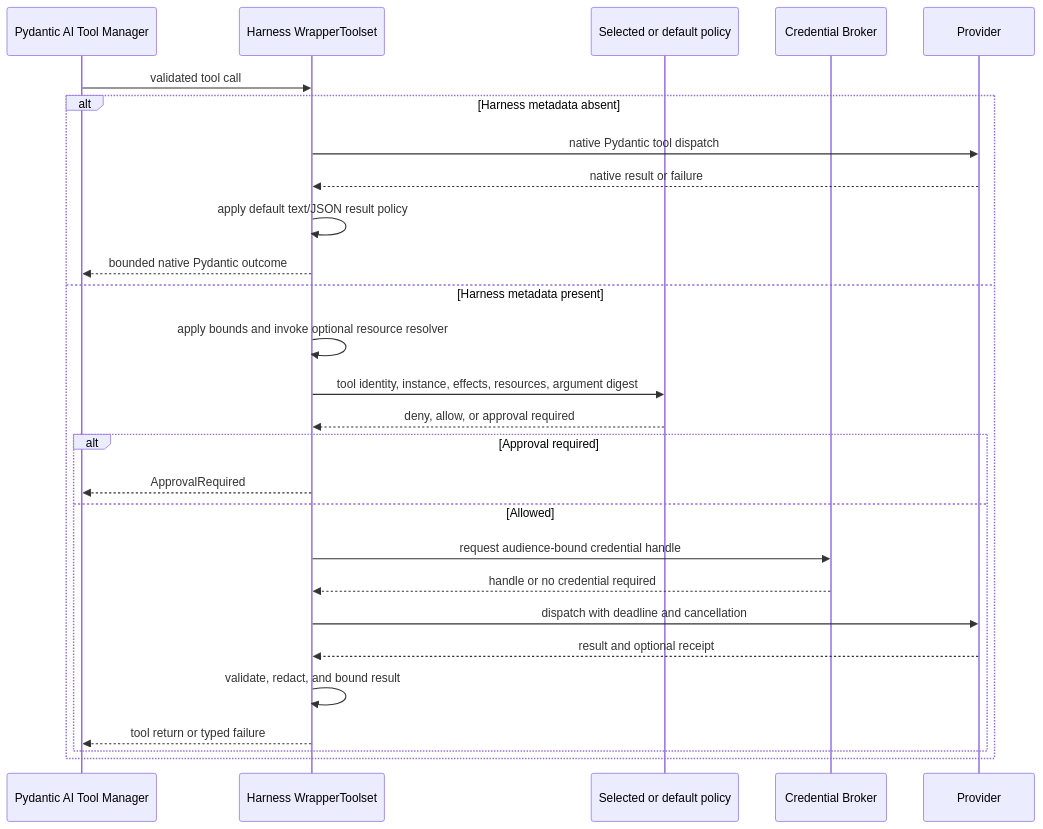
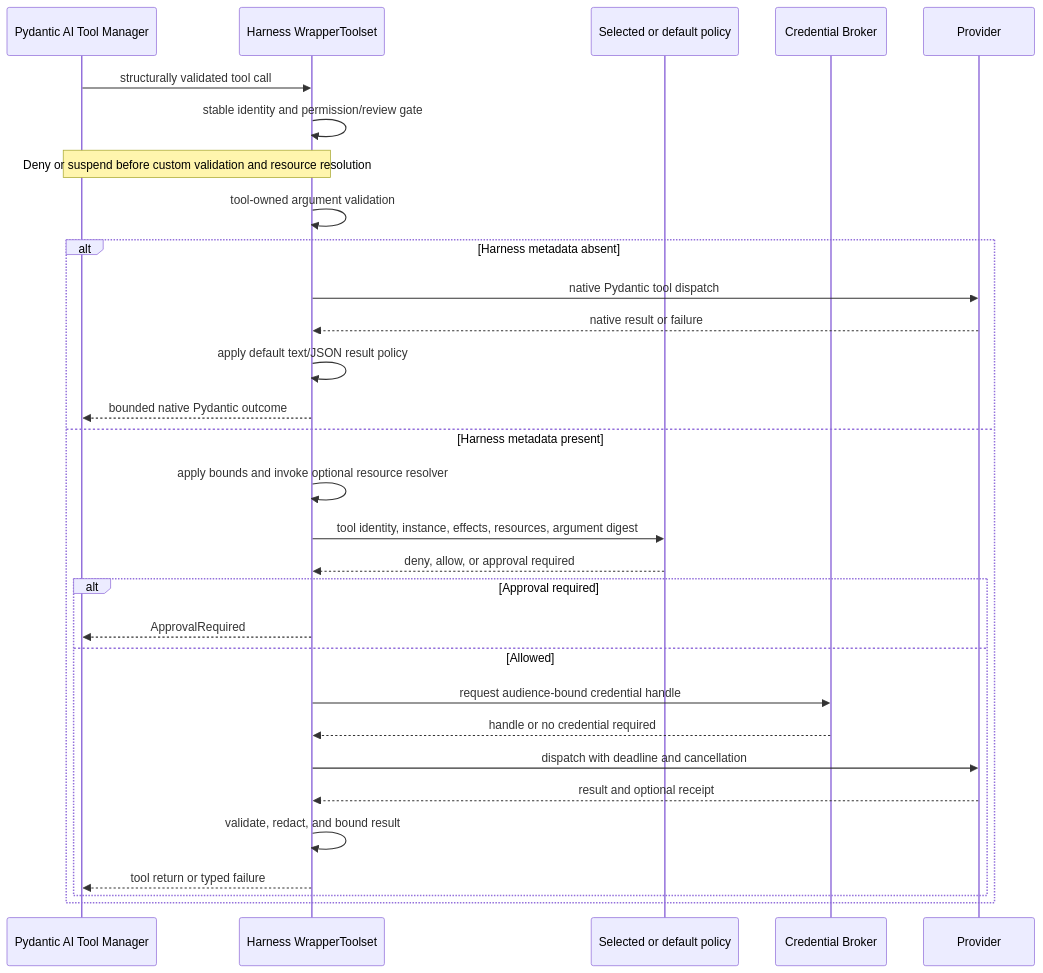
The second of 2 diagrams in spec/a13n-harness/07-tool-execution.md (LTThreeComma/agent-foundation), drawn with Mermaid before and after one commit. The commit also changed other lines of this file and 123 other files, not shown here.

First line of the commit message:
feat(harness)!: unify tool permissions and review (#421)

````diff
--- a/spec/a13n-harness/07-tool-execution.md
+++ b/spec/a13n-harness/07-tool-execution.md
@@ -328,30 +348,33 @@
 ```mermaid
 sequenceDiagram
     participant PAI as Pydantic AI Tool Manager
     participant Wrapper as Harness WrapperToolset
     participant Policy as Selected or default policy
     participant Broker as Credential Broker
     participant Provider
 
-    PAI->>Wrapper: validated tool call
+    PAI->>Wrapper: structurally validated tool call
+    Wrapper->>Wrapper: stable identity and permission/review gate
+    Note over PAI,Wrapper: Deny or suspend before custom validation and resource resolution
+    Wrapper->>Wrapper: tool-owned argument validation
     alt Harness metadata absent
         Wrapper->>Provider: native Pydantic tool dispatch
         Provider-->>Wrapper: native result or failure
         Wrapper->>Wrapper: apply default text/JSON result policy
         Wrapper-->>PAI: bounded native Pydantic outcome
     else Harness metadata present
         Wrapper->>Wrapper: apply bounds and invoke optional resource resolver
         Wrapper->>Policy: tool identity, instance, effects, resources, argument digest
         Policy-->>Wrapper: deny, allow, or approval required
         alt Approval required
             Wrapper-->>PAI: ApprovalRequired
         else Allowed
             Wrapper->>Broker: request audience-bound credential handle
             Broker-->>Wrapper: handle or no credential required
             Wrapper->>Provider: dispatch with deadline and cancellation
             Provider-->>Wrapper: result and optional receipt
             Wrapper->>Wrapper: validate, redact, and bound result
             Wrapper-->>PAI: tool return or typed failure
         end
     end
 ```
````
